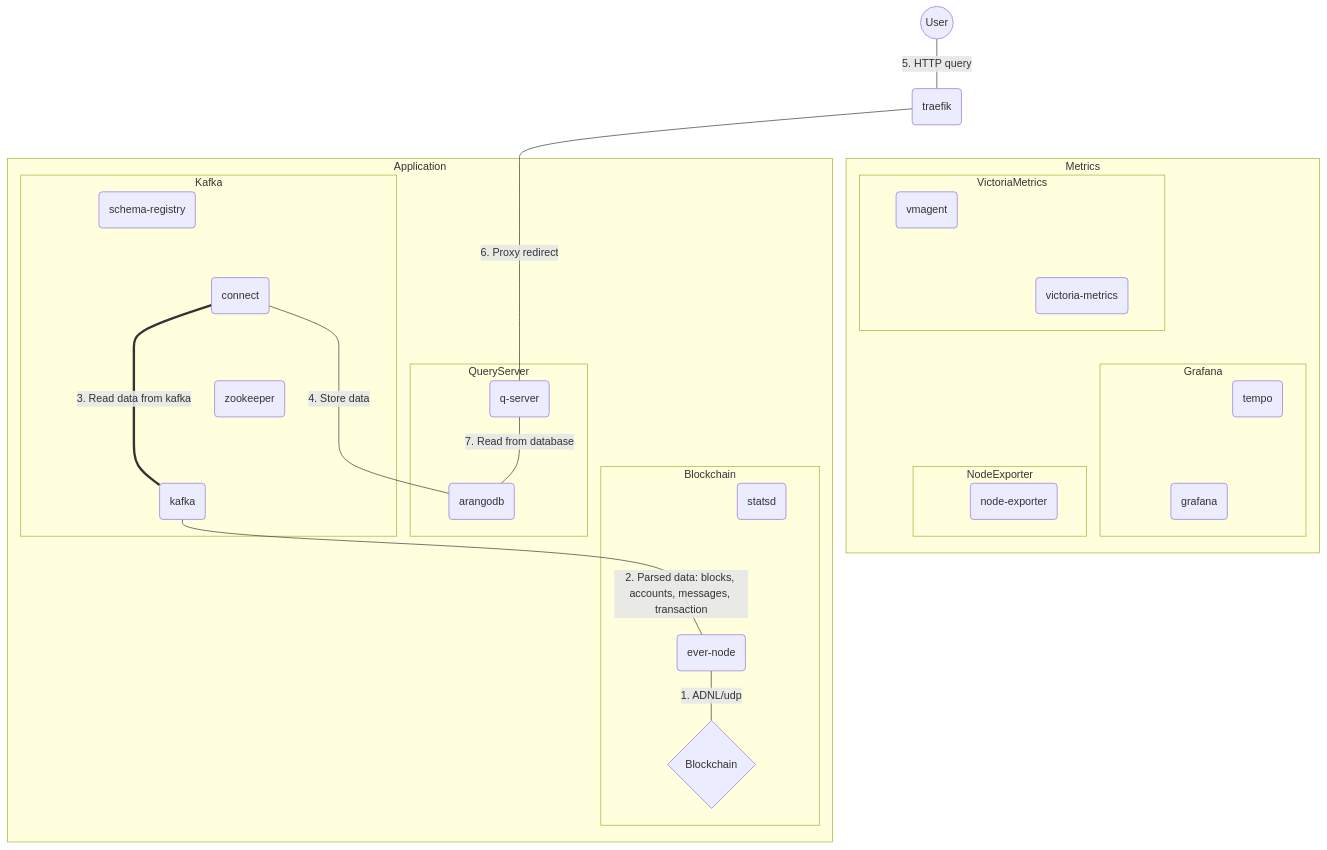
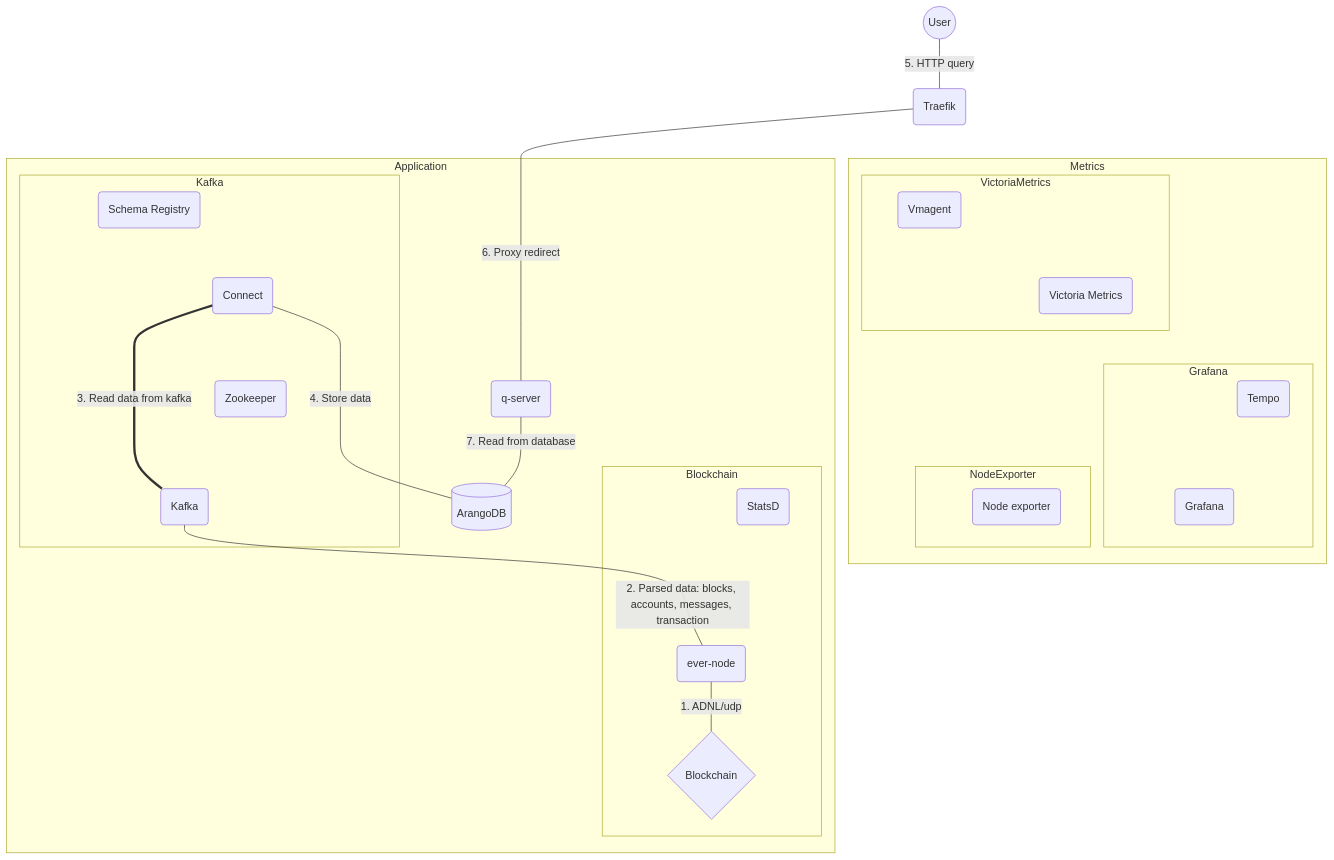
Before and after one commit to treeton-org/application-server: the second of 2 diagrams in README.md, drawn with Mermaid. The commit also changed other lines of this file, not shown here.

Commit message:
docs: Update mermaid scheme in README.md

````diff
--- a/README.md
+++ b/README.md
@@ -85,68 +86,69 @@
 ```mermaid
 flowchart TD
     subgraph Metrics
         VictoriaMetrics
         NodeExporter
         Grafana
     end
 
         subgraph VictoriaMetrics
-            vmagent(vmagent)
-            victoria-metrics(victoria-metrics)
+            vmagent(Vmagent)
+            victoria-metrics(Victoria Metrics)
             vmagent~~~victoria-metrics
         end
 
         subgraph Grafana
-            tempo(tempo)
-            grafana(grafana)
+            tempo(Tempo)
+            grafana(Grafana)
             tempo~~~grafana
         end
 
         subgraph NodeExporter
-            node-exporter(node-exporter)
+            node-exporter(Node exporter)
             node-exporter
         end
 
     subgraph Application
         Kafka
         QueryServer
         Blockchain
     end
 
         subgraph Kafka
-            zookeeper(zookeeper)
-            kafka(kafka)
-            schema-registry(schema-registry)
-            connect(connect)
+            zookeeper(Zookeeper)
+            kafka(Kafka)
+            schema-registry(Schema Registry)
+            connect(Connect)
             zookeeper~~~kafka
             connect~~~zookeeper
             connect===|3. Read data from kafka|kafka
             schema-registry~~~kafka & connect
         end
 
         subgraph QueryServer
             q-server(q-server)
-            arangodb(arangodb)
-            q-server---|7. Read from database|arangodb
+            arangodb[(ArangoDB)]
+           q-server---|7. Read from database|arangodb
         end
+        style QueryServer color:transparent,stroke:transparent
 
         subgraph Blockchain
-            statsd(statsd)
+            statsd(StatsD)
             ever-node(ever-node)
             blockchain{Blockchain}
             statsd~~~ever-node---|1. ADNL/udp|blockchain
         end
 
 
     user((User))
-    traefik(traefik)
+    traefik(Traefik)
 
     user---|5. HTTP query|traefik
     traefik~~~arangodb & tempo & schema-registry & vmagent & victoria-metrics & statsd & node-exporter & grafana
     traefik---|6. Proxy redirect|q-server
     kafka---|2. Parsed data: blocks, accounts, messages, transaction|ever-node
     connect---|4. Store data|arangodb
     q-server~~~kafka
     vmagent~~~~~grafana & statsd & node-exporter & arangodb
     victoria-metrics~~~grafana
 ```
````
